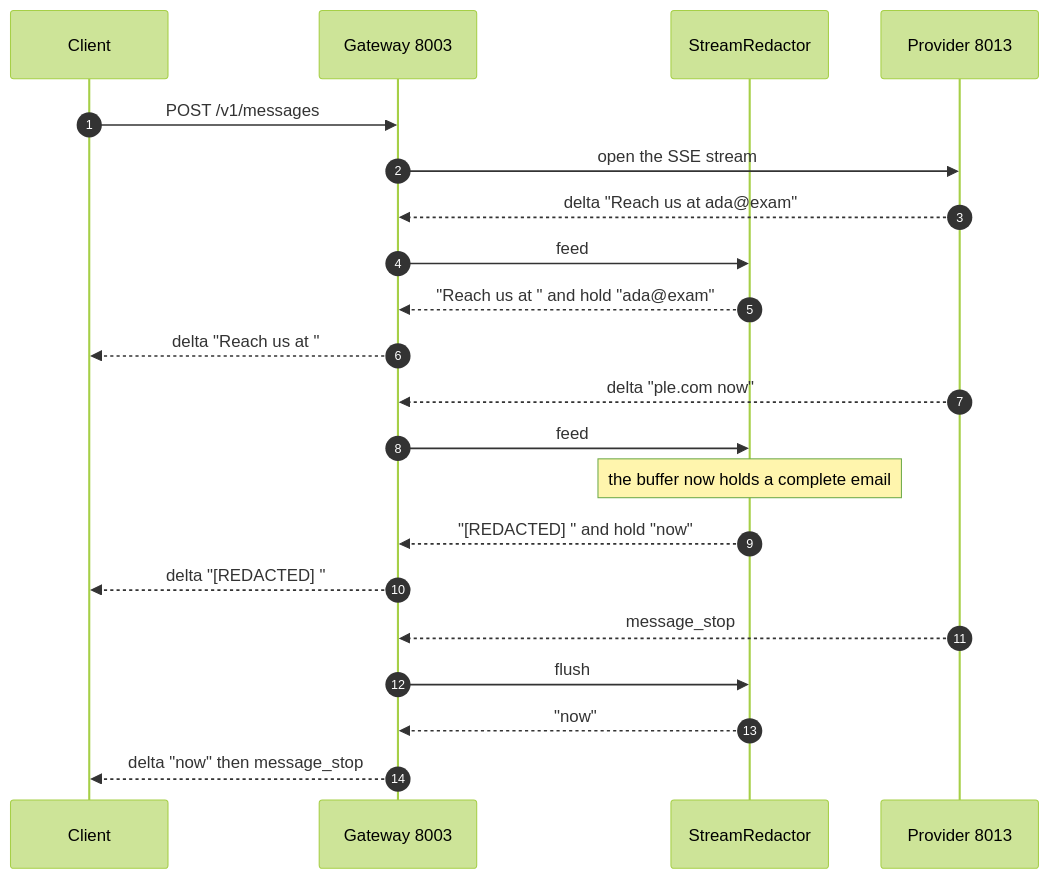
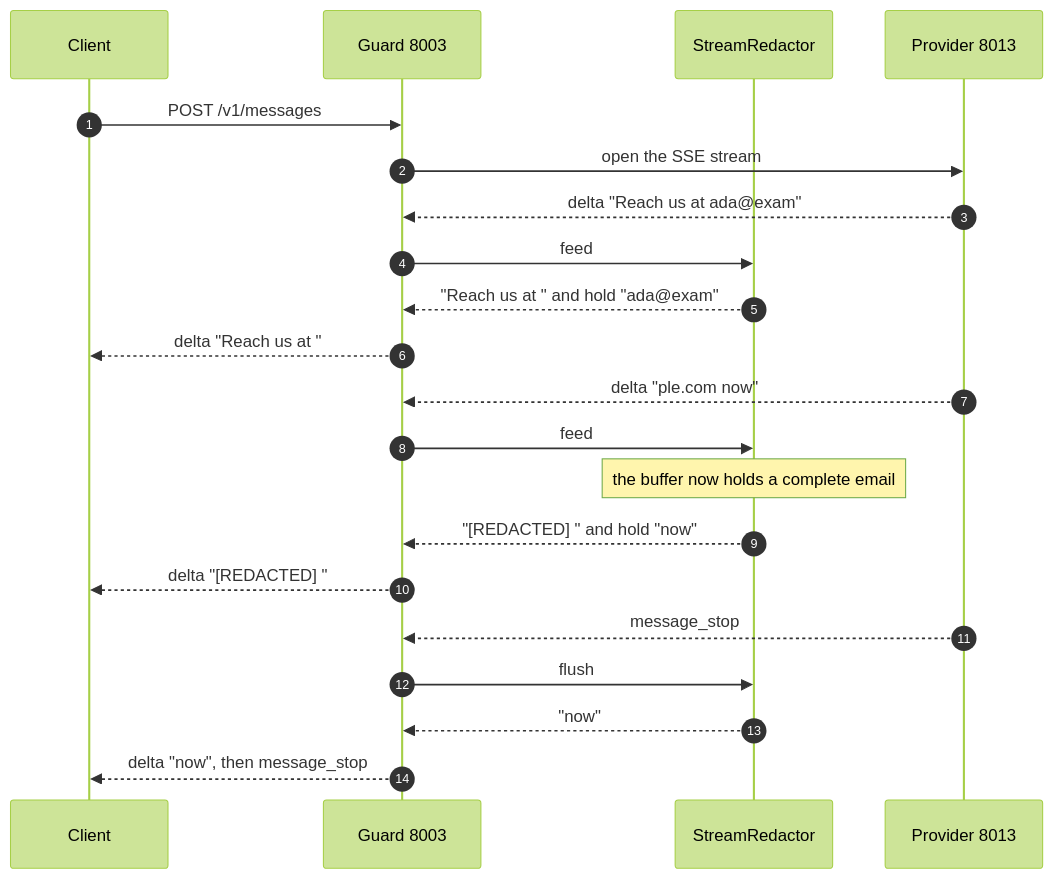
Before and after one commit to Kunal-5402/quilr-tasks: the fifth of 9 diagrams in README.md, drawn with Mermaid (forest theme). The commit also changed other lines of this file and 6 other files, not shown here.

````diff
--- a/README.md
+++ b/README.md
@@ -229,26 +235,26 @@
 ```mermaid
 sequenceDiagram
     autonumber
     participant C as Client
-    participant G as Gateway 8003
+    participant G as Guard 8003
     participant R as StreamRedactor
     participant P as Provider 8013
 
     C->>G: POST /v1/messages
     G->>P: open the SSE stream
     P-->>G: delta "Reach us at ada@exam"
     G->>R: feed
     R-->>G: "Reach us at " and hold "ada@exam"
     G-->>C: delta "Reach us at "
 
     P-->>G: delta "ple.com now"
     G->>R: feed
     Note over R: the buffer now holds a complete email
     R-->>G: "[REDACTED] " and hold "now"
     G-->>C: delta "[REDACTED] "
 
     P-->>G: message_stop
     G->>R: flush
     R-->>G: "now"
-    G-->>C: delta "now" then message_stop
+    G-->>C: delta "now", then message_stop
 ```
````
